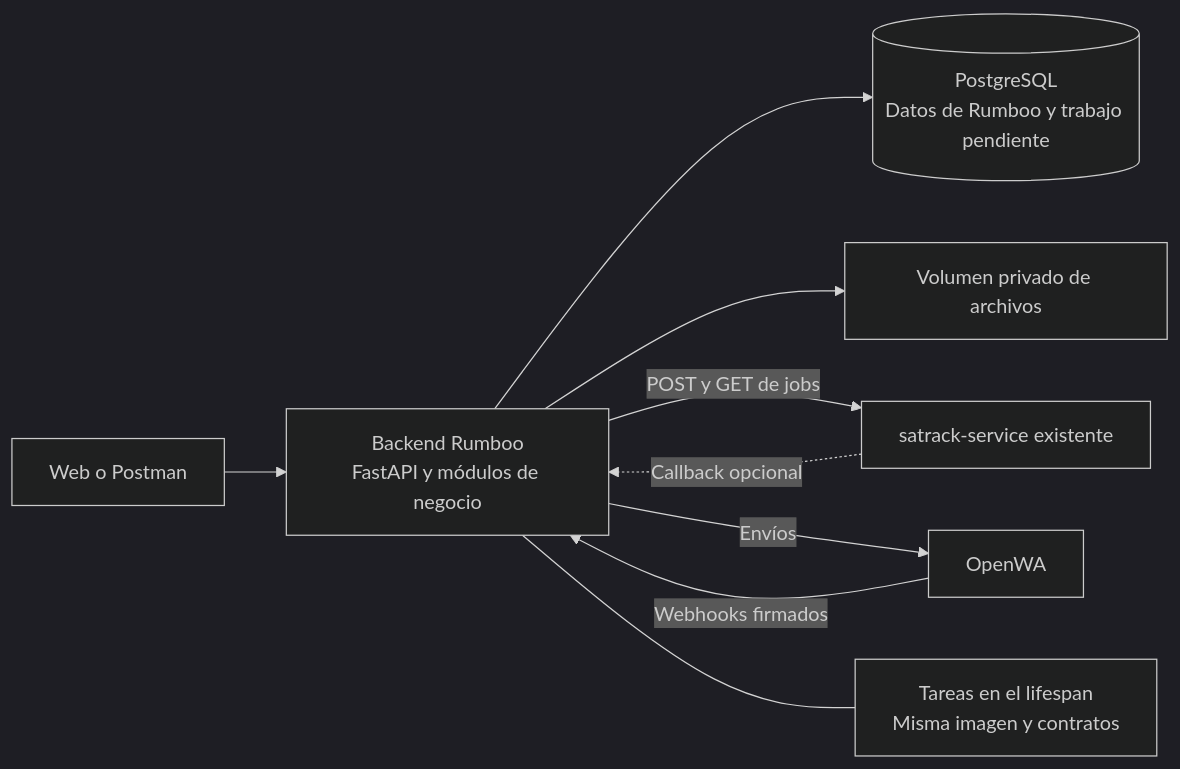
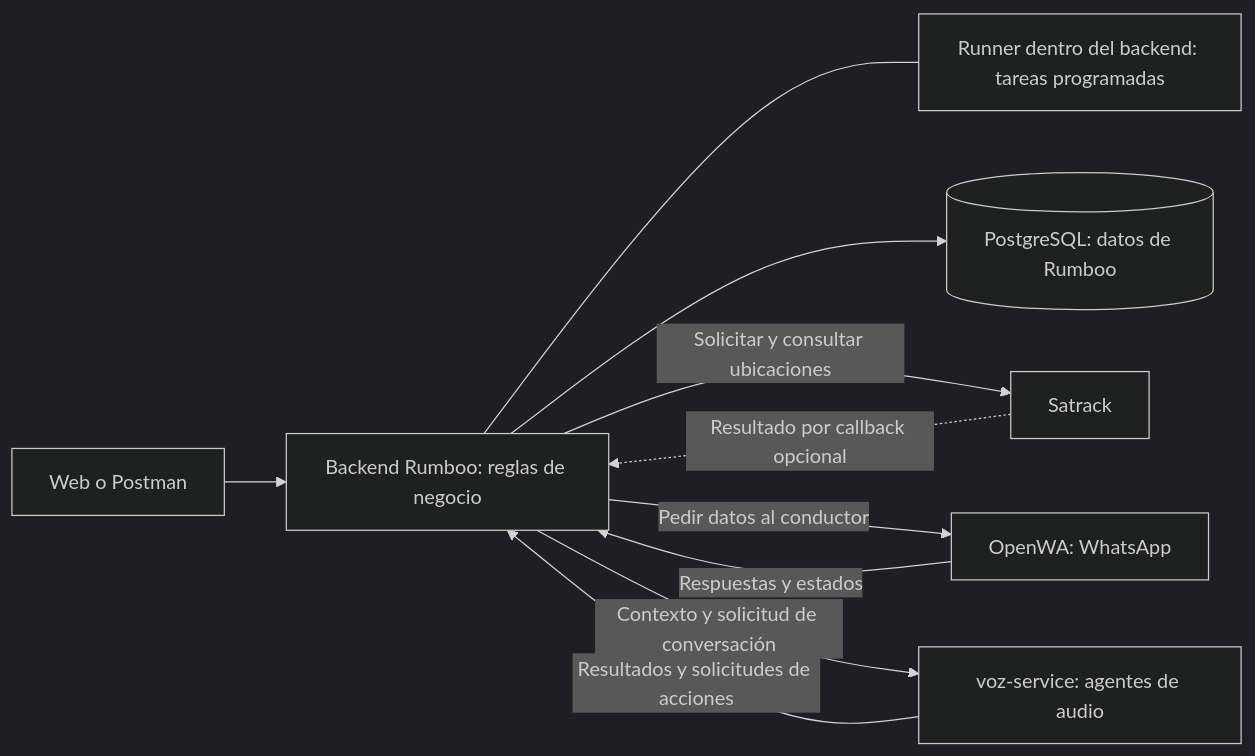
Before and after one commit to Marcosespa/Rumboo: the diagram in docs/ARQUITECTURA_BACKEND.md, drawn with Mermaid (dark theme). The commit also changed other lines of this file and 29 other files, not shown here.

````diff
--- a/docs/ARQUITECTURA_BACKEND.md
+++ b/docs/ARQUITECTURA_BACKEND.md
@@ -15,11 +23,12 @@
 ```mermaid
 flowchart LR
-    Usuario[Web o Postman] --> API[Backend Rumboo\nFastAPI y módulos de negocio]
-    API --> DB[(PostgreSQL\nDatos de Rumboo y trabajo pendiente)]
-    API --> Archivos[Volumen privado de archivos]
-    API -->|POST y GET de jobs| Satrack[satrack-service existente]
-    Satrack -. Callback opcional .-> API
-    API -->|Envíos| OpenWA[OpenWA]
-    OpenWA -->|Webhooks firmados| API
-    API --- Runner[Tareas en el lifespan\nMisma imagen y contratos]
+    Usuario[Web o Postman] --> Backend[Backend Rumboo: reglas de negocio]
+    Backend --- Runner[Runner dentro del backend: tareas programadas]
+    Backend --> DB[(PostgreSQL: datos de Rumboo)]
+    Backend -->|Solicitar y consultar ubicaciones| Satrack[Satrack]
+    Satrack -. Resultado por callback opcional .-> Backend
+    Backend -->|Pedir datos al conductor| OpenWA[OpenWA: WhatsApp]
+    OpenWA -->|Respuestas y estados| Backend
+    Backend -->|Contexto y solicitud de conversación| Voz[voz-service: agentes de audio]
+    Voz -->|Resultados y solicitudes de acciones| Backend
 ```
````
